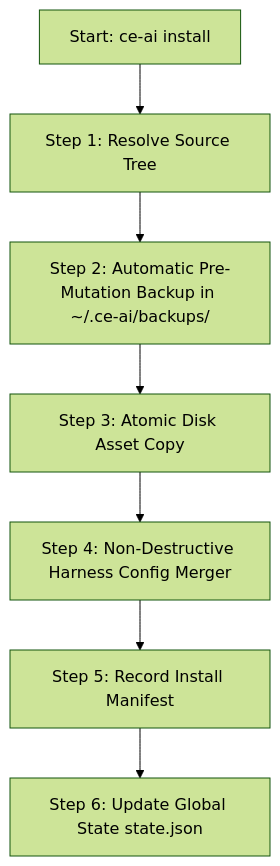
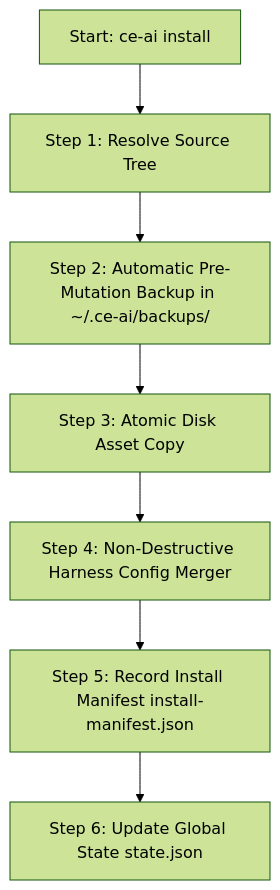
One commit to mastepanoski/ce-ai changed the diagram in docs/user-guide/installation-and-coexistence-mechanisms.md. Above: the diagram before and after it, drawn with Mermaid (forest theme). The commit also changed other lines of this file and 1 other file, not shown here.

Commit message:
docs(guide): elaborate origins of install-manifest.json, state.json, drift, atomic writes, and backups in user guides

````diff
--- a/docs/user-guide/installation-and-coexistence-mechanisms.md
+++ b/docs/user-guide/installation-and-coexistence-mechanisms.md
@@ -11,9 +34,9 @@
 ```mermaid
 flowchart TD
     A[Start: ce-ai install] --> B[Step 1: Resolve Source Tree]
     B --> C[Step 2: Automatic Pre-Mutation Backup in ~/.ce-ai/backups/]
     C --> D[Step 3: Atomic Disk Asset Copy]
     D --> E[Step 4: Non-Destructive Harness Config Merger]
-    E --> F[Step 5: Record Install Manifest]
+    E --> F[Step 5: Record Install Manifest install-manifest.json]
     F --> G[Step 6: Update Global State state.json]
 ```
````
